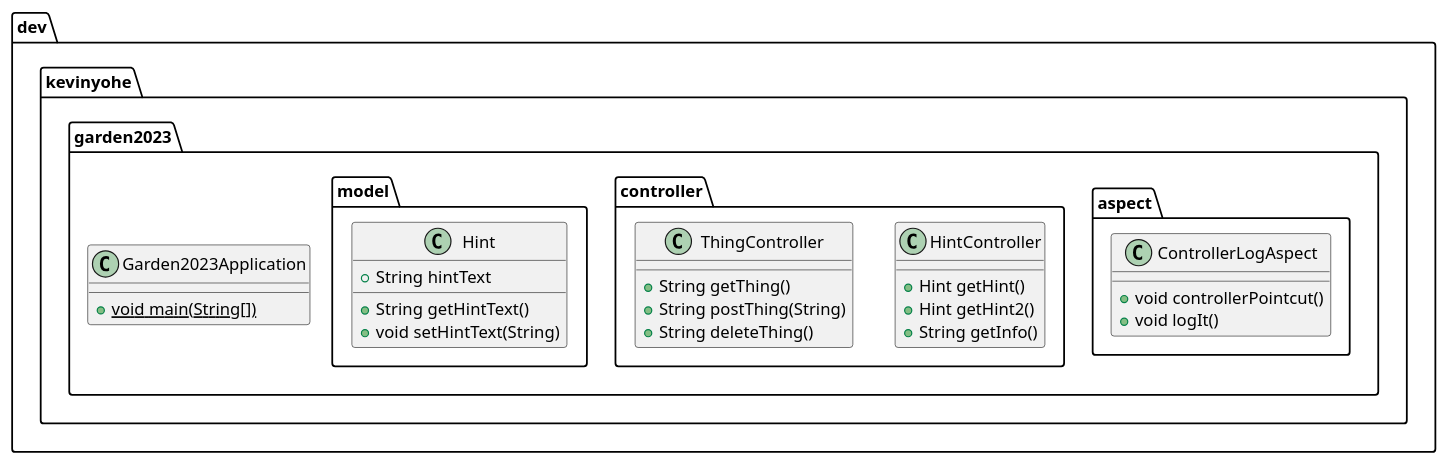
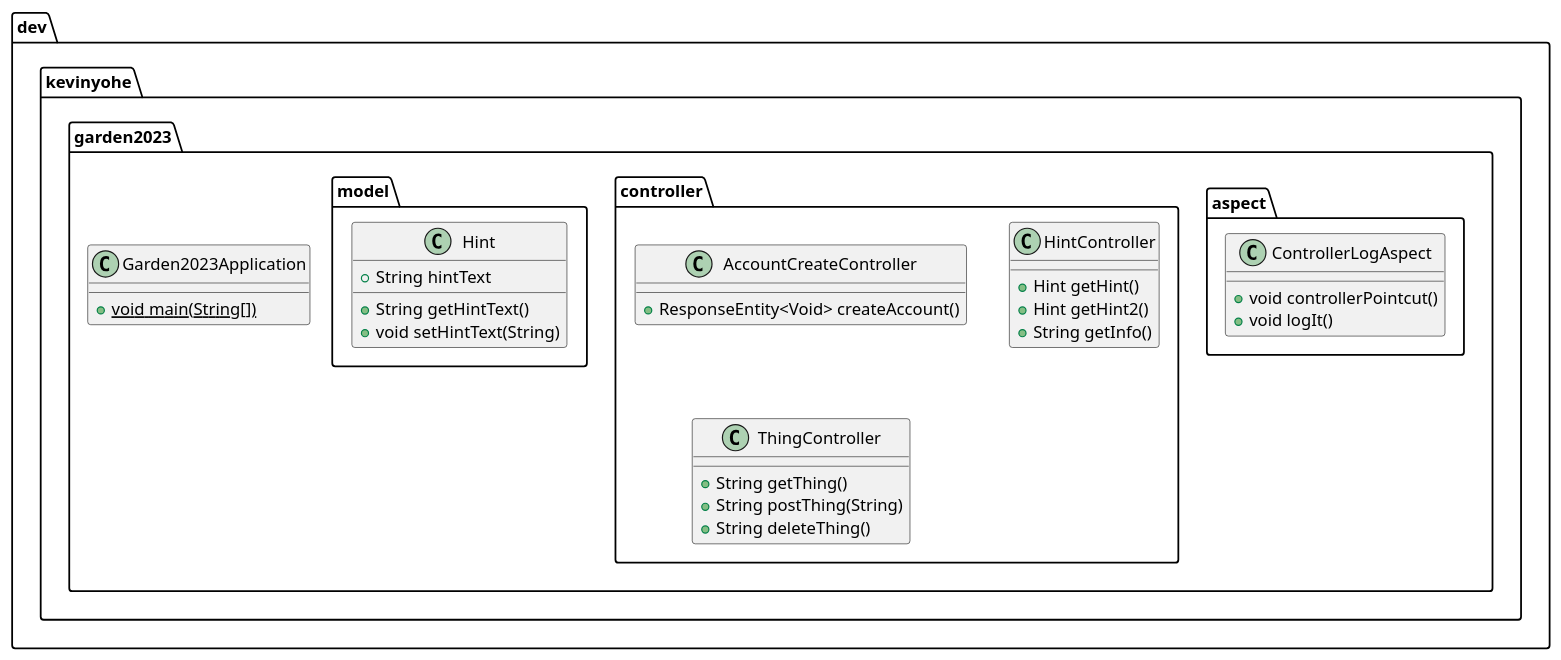
One commit to kevinyohe/garden2023 changed the diagram in src/doc/xyz.puml. Above: the diagram before and after it, drawn with PlantUML. The commit also changed 5 other files, not shown here.

Commit message:
Add event, publisher, uml

```diff
--- a/src/doc/xyz.puml
+++ b/src/doc/xyz.puml
@@ -1,33 +1,36 @@
 @startuml
 package "dev.kevinyohe.garden2023" {
   class "Garden2023Application" as dev.kevinyohe.garden2023.Garden2023Application {
     + {static}void main(String[])
   }
   package "aspect" {
     class "ControllerLogAspect" as dev.kevinyohe.garden2023.aspect.ControllerLogAspect {
       +void controllerPointcut()
       +void logIt()
     }
   }
   package "controller" {
+    class "AccountCreateController" as dev.kevinyohe.garden2023.controller.AccountCreateController {
+      +ResponseEntity<Void> createAccount()
+    }
     class "HintController" as dev.kevinyohe.garden2023.controller.HintController {
       +Hint getHint()
       +Hint getHint2()
       +String getInfo()
     }
     class "ThingController" as dev.kevinyohe.garden2023.controller.ThingController {
       +String getThing()
       +String postThing(String)
       +String deleteThing()
     }
   }
   package "model" {
     class "Hint" as dev.kevinyohe.garden2023.model.Hint {
       +String hintText
       __
       +String getHintText()
       +void setHintText(String)
     }
   }
 }
 @enduml
```
